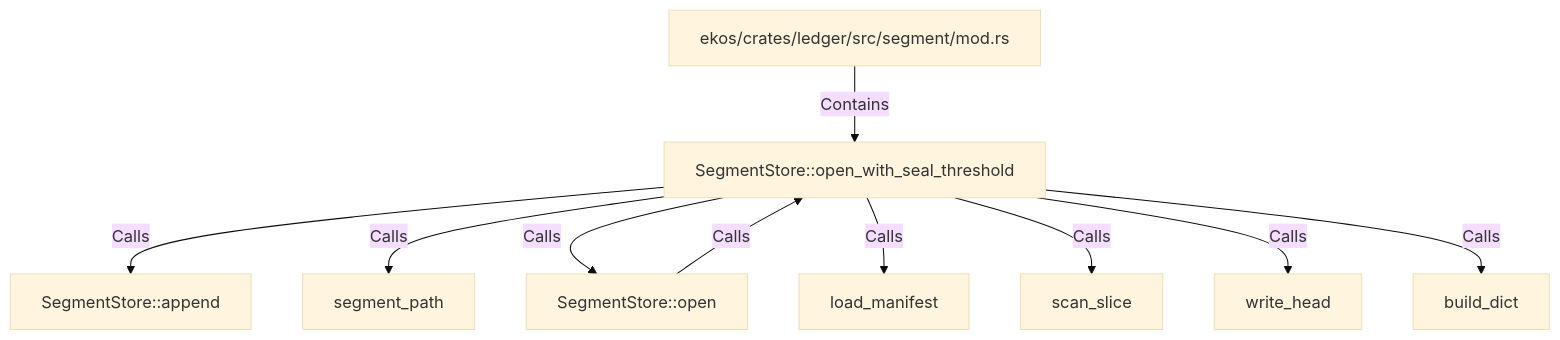
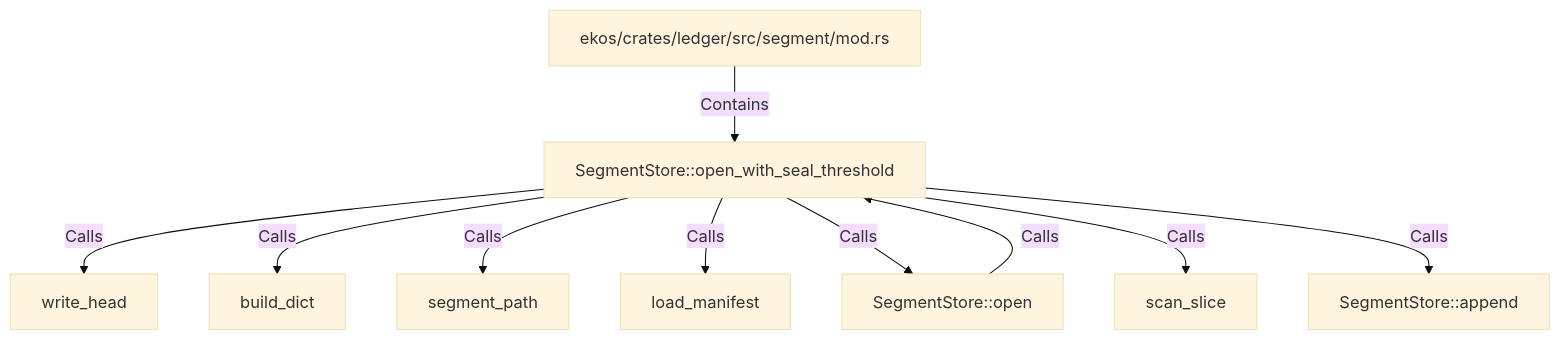
One commit to alexeyban/EKOS changed the diagram in doc/entities/rustsymbol/se/segmentstore-open-with-seal-threshold.md. Above: the diagram before and after it, drawn with Mermaid (base theme). The commit also changed other lines of this file and 552 other files, not shown here.

````diff
--- a/doc/entities/rustsymbol/se/segmentstore-open-with-seal-threshold.md
+++ b/doc/entities/rustsymbol/se/segmentstore-open-with-seal-threshold.md
@@ -28,21 +28,21 @@
 ```mermaid
 graph TD
     nf884dec9a3e75e4e88f61dc62c172078["SegmentStore::open_with_seal_threshold"]
     n80a64e0ab0ac51dfb3be128cddd1cc83["ekos/crates/ledger/src/segment/mod.rs"]
     n80a64e0ab0ac51dfb3be128cddd1cc83 -->|Contains| nf884dec9a3e75e4e88f61dc62c172078
     n3ca4488c70ab5992bde24a810cfd8e8d["SegmentStore::open"]
     n3ca4488c70ab5992bde24a810cfd8e8d -->|Calls| nf884dec9a3e75e4e88f61dc62c172078
-    nb324f197c4fc5b5589b422ca137bf445["SegmentStore::append"]
-    nf884dec9a3e75e4e88f61dc62c172078 -->|Calls| nb324f197c4fc5b5589b422ca137bf445
-    na07b97cc69e45c35bedf11119542af72["segment_path"]
-    nf884dec9a3e75e4e88f61dc62c172078 -->|Calls| na07b97cc69e45c35bedf11119542af72
-    nf884dec9a3e75e4e88f61dc62c172078 -->|Calls| n3ca4488c70ab5992bde24a810cfd8e8d
-    n9f01d13db1a85afebc1aa68a3c06fe3d["load_manifest"]
-    nf884dec9a3e75e4e88f61dc62c172078 -->|Calls| n9f01d13db1a85afebc1aa68a3c06fe3d
-    nff90a0b45f4558afbb522dbcb2df5ccc["scan_slice"]
-    nf884dec9a3e75e4e88f61dc62c172078 -->|Calls| nff90a0b45f4558afbb522dbcb2df5ccc
     n203436f84f5f5f2b93a8b25fd11e5174["write_head"]
     nf884dec9a3e75e4e88f61dc62c172078 -->|Calls| n203436f84f5f5f2b93a8b25fd11e5174
     n2479e89273dc5eb691fc6f345d564fdf["build_dict"]
     nf884dec9a3e75e4e88f61dc62c172078 -->|Calls| n2479e89273dc5eb691fc6f345d564fdf
+    na07b97cc69e45c35bedf11119542af72["segment_path"]
+    nf884dec9a3e75e4e88f61dc62c172078 -->|Calls| na07b97cc69e45c35bedf11119542af72
+    n9f01d13db1a85afebc1aa68a3c06fe3d["load_manifest"]
+    nf884dec9a3e75e4e88f61dc62c172078 -->|Calls| n9f01d13db1a85afebc1aa68a3c06fe3d
+    nf884dec9a3e75e4e88f61dc62c172078 -->|Calls| n3ca4488c70ab5992bde24a810cfd8e8d
+    nff90a0b45f4558afbb522dbcb2df5ccc["scan_slice"]
+    nf884dec9a3e75e4e88f61dc62c172078 -->|Calls| nff90a0b45f4558afbb522dbcb2df5ccc
+    nb324f197c4fc5b5589b422ca137bf445["SegmentStore::append"]
+    nf884dec9a3e75e4e88f61dc62c172078 -->|Calls| nb324f197c4fc5b5589b422ca137bf445
 ```
````
